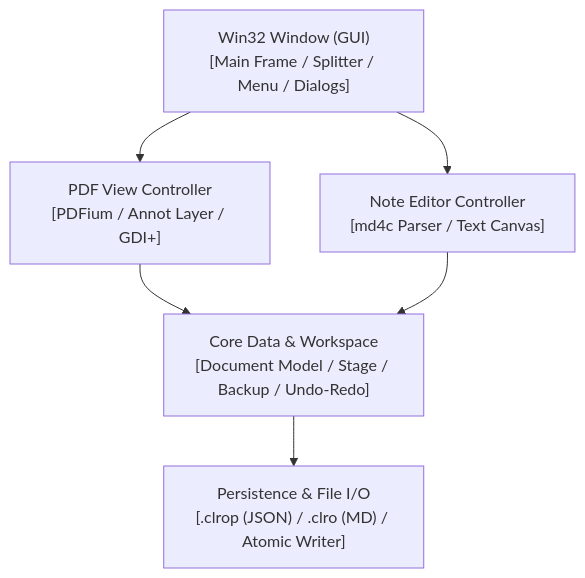
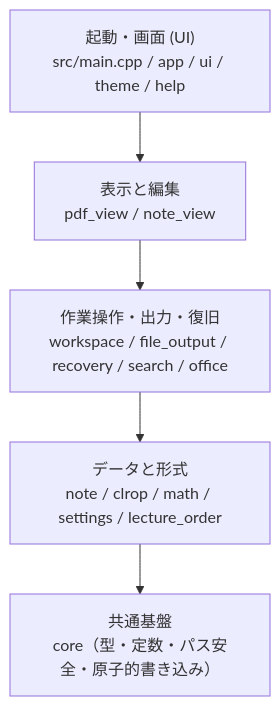
The diagram in introduction/core/architecture_layers.md (soone-y/OPEN_PDF-Note-Workspace), drawn with Mermaid before and after one commit. The commit also changed other lines of this file and 55 other files, not shown here.

````diff
--- a/introduction/core/architecture_layers.md
+++ b/introduction/core/architecture_layers.md
@@ -10,8 +12,7 @@
 ```mermaid
 graph TD
-    GUI["Win32 Window (GUI)<br/>[Main Frame / Splitter / Menu / Dialogs]"] --> PDF["PDF View Controller<br/>[PDFium / Annot Layer / GDI+]"]
-    GUI --> NOTE["Note Editor Controller<br/>[md4c Parser / Text Canvas]"]
-    PDF --> CORE["Core Data & Workspace<br/>[Document Model / Stage / Backup / Undo-Redo]"]
-    NOTE --> CORE
-    CORE --> STORAGE["Persistence & File I/O<br/>[.clrop (JSON) / .clro (MD) / Atomic Writer]"]
+    APP["起動・画面 (UI)<br/>src/main.cpp / app / ui / theme / help"] --> VIEW["表示と編集<br/>pdf_view / note_view"]
+    VIEW --> SERVICE["作業操作・出力・復旧<br/>workspace / file_output / recovery / search / office"]
+    SERVICE --> MODEL["データと形式<br/>note / clrop / math / settings / lecture_order"]
+    MODEL --> CORE["共通基盤<br/>core（型・定数・パス安全・原子的書き込み）"]
 ```
````
